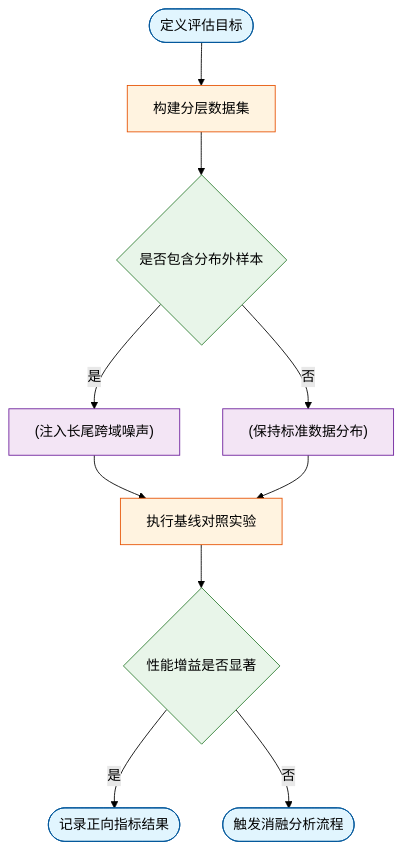
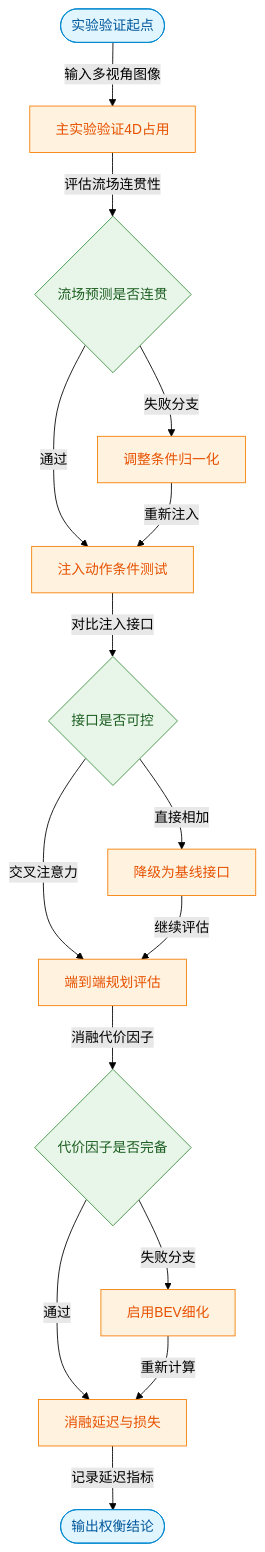
One commit to ShinewineW/paper-rolling changed the fifth of 10 diagrams in person_vault/2026-06-12_DrivingInTheOccupancyWorldVisionCentric4_2408.14197/report.md. Above: the diagram before and after it, drawn with Mermaid (forest theme). The commit also changed other lines of this file and 51 other files, not shown here.

````diff
--- a/person_vault/2026-06-12_DrivingInTheOccupancyWorldVisionCentric4_2408.14197/report.md
+++ b/person_vault/2026-06-12_DrivingInTheOccupancyWorldVisionCentric4_2408.14197/report.md
@@ -253,17 +283,22 @@
 ```mermaid
 flowchart TD
-    classDef startend fill:#e1f5fe,stroke:#01579b,color:#000;
-    classDef process fill:#fff3e0,stroke:#e65100,color:#000;
-    classDef decision fill:#e8f5e9,stroke:#2e7d32,color:#000;
-    classDef data fill:#f3e5f5,stroke:#6a1b9a,color:#000;
+  classDef start_end fill:#e1f5fe,color:#01579b,stroke:#0288d1;
+  classDef process fill:#fff3e0,color:#e65100,stroke:#f57c00;
+  classDef decision fill:#e8f5e9,color:#1b5e20,stroke:#388e3c;
+  classDef data fill:#f3e5f5,color:#4a148c,stroke:#7b1fa2;
 
-    start_node(["定义评估目标"]):::startend --> build_dataset["构建分层数据集"]:::process
-    build_dataset --> check_ood{是否包含分布外样本}:::decision
-    check_ood -->|是| inject_noise["(注入长尾跨域噪声)"]:::data
-    check_ood -->|否| keep_standard["(保持标准数据分布)"]:::data
-    inject_noise --> run_baseline["执行基线对照实验"]:::process
-    keep_standard --> run_baseline
-    run_baseline --> check_gain{性能增益是否显著}:::decision
-    check_gain -->|是| record_positive(["记录正向指标结果"]):::startend
-    check_gain -->|否| trigger_ablation(["触发消融分析流程"]):::startend
+  exp_start(["实验验证起点"]):::start_end -->|输入多视角图像| e1_main["主实验验证4D占用"]:::process
+  e1_main -->|评估流场连贯性| check_flow{流场预测是否连贯}:::decision
+  check_flow -->|通过| e2_cond["注入动作条件测试"]:::process
+  check_flow -->|失败分支| adjust_norm["调整条件归一化"]:::process
+  e2_cond -->|对比注入接口| check_ctrl{接口是否可控}:::decision
+  check_ctrl -->|交叉注意力| e3_plan["端到端规划评估"]:::process
+  check_ctrl -->|直接相加| fallback_add["降级为基线接口"]:::process
+  e3_plan -->|消融代价因子| check_cost{代价因子是否完备}:::decision
+  check_cost -->|通过| e4_ablate["消融延迟与损失"]:::process
+  check_cost -->|失败分支| refine_bev["启用BEV细化"]:::process
+  e4_ablate -->|记录延迟指标| exp_end(["输出权衡结论"]):::start_end
+  adjust_norm -->|重新注入| e2_cond
+  fallback_add -->|继续评估| e3_plan
+  refine_bev -->|重新计算| e4_ablate
 ```
````
